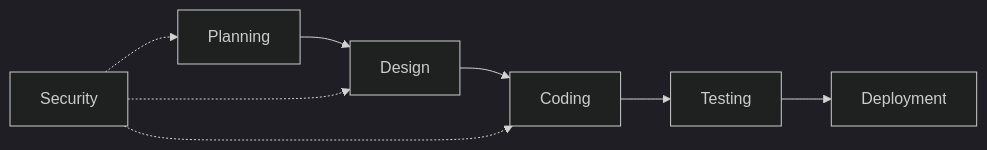
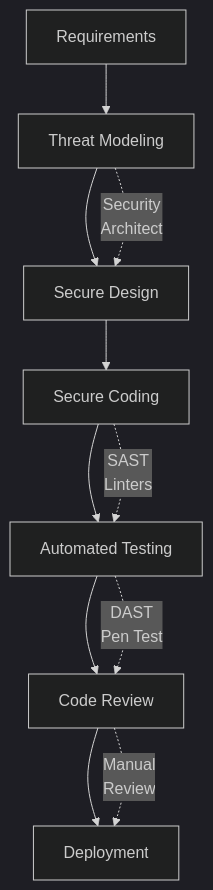
Before and after one commit to sujith-eag/sujith-library: the third of 3 diagrams in docs/projects/blogs/security/security_architecture/4_application_data.md, drawn with Mermaid (dark theme). The commit also changed other lines of this file and 11 other files, not shown here.

````diff
--- a/docs/projects/blogs/security/security_architecture/4_application_data.md
+++ b/docs/projects/blogs/security/security_architecture/4_application_data.md
@@ -15,10 +90,18 @@
 ```mermaid
-flowchart LR
-    A[Planning] --> B[Design]
-    B --> C[Coding]
-    C --> D[Testing]
-    D --> E[Deployment]
-    F[Security] -.-> A
-    F -.-> B
-    F -.-> C
+flowchart TD
+    A[Requirements] --> B[Threat Modeling]
+    B --> C[Secure Design]
+    C --> D[Secure Coding]
+    D --> E[Automated Testing]
+    E --> F[Code Review]
+    F --> G[Deployment]
+    
+    B -.Security
+            Architect.-> C
+    D -.SAST
+            Linters.-> E
+    E -.DAST
+            Pen Test.-> F
+    F -.Manual
+            Review.-> G
 ```
````
